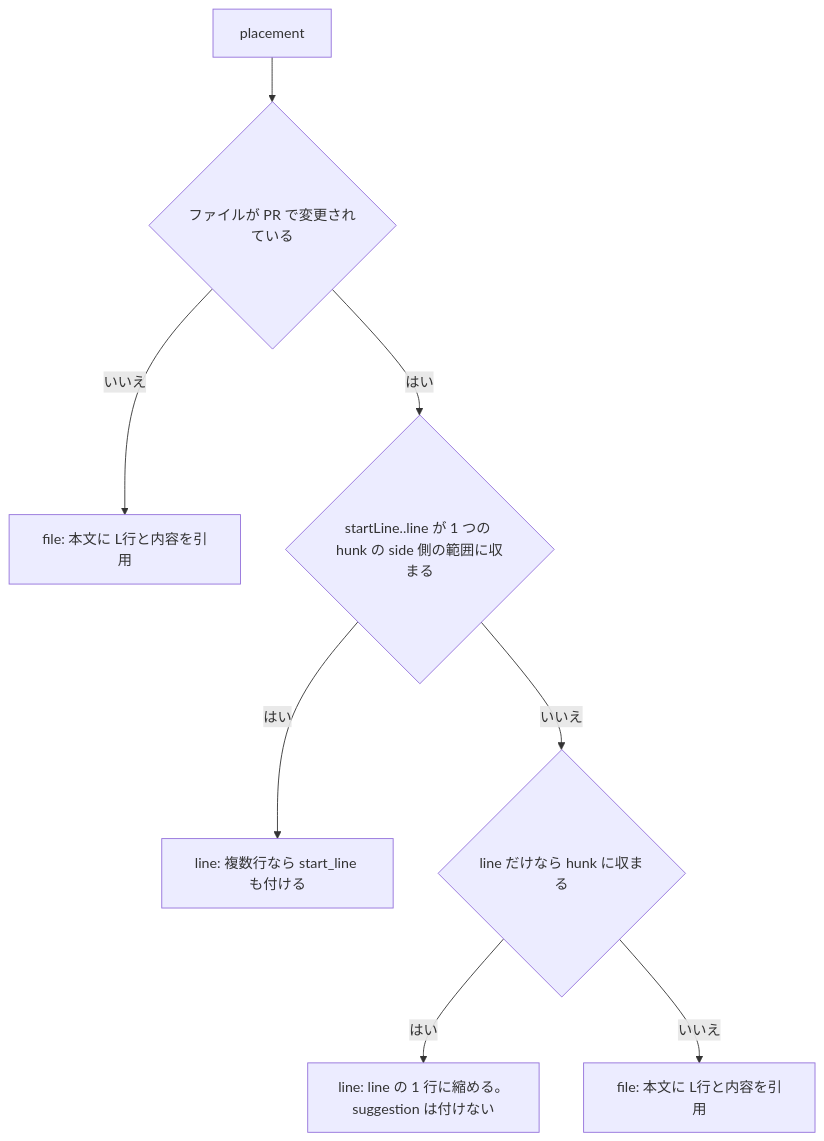
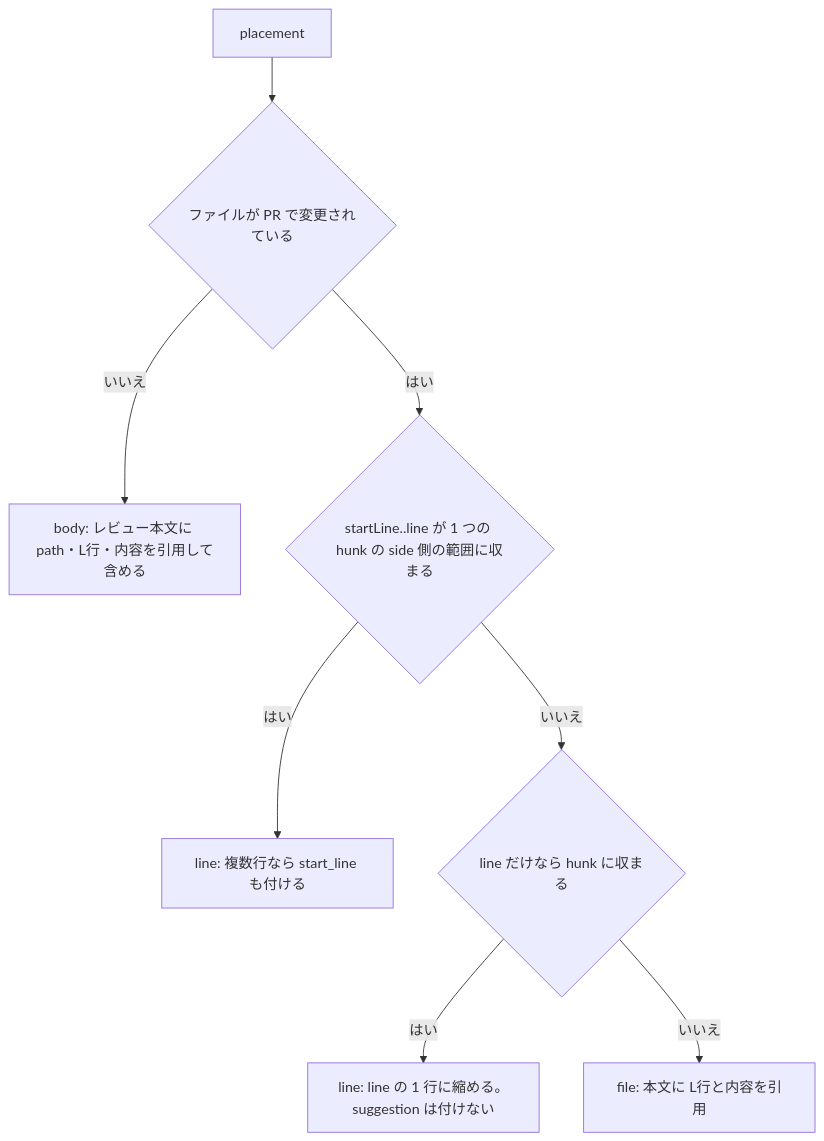
One commit to p-o-ke-nae/design-document changed the third of 10 diagrams in docs/design/detailed/review-comment.md. Above: the diagram before and after it, drawn with Mermaid. The commit also changed other lines of this file and 8 other files, not shown here.

````diff
--- a/docs/design/detailed/review-comment.md
+++ b/docs/design/detailed/review-comment.md
@@ -175,10 +175,10 @@
 ```mermaid id=place code=PLACE matrix nswitch=0
 flowchart TD
   A[placement] --> B{ファイルが PR で変更されている}
-  B -->|いいえ| F1[file: 本文に L行と内容を引用]
+  B -->|いいえ| F1[body: レビュー本文に path・L行・内容を引用して含める]
   B -->|はい| C{startLine..line が 1 つの hunk の side 側の範囲に収まる}
   C -->|はい| L[line: 複数行なら start_line も付ける]
   C -->|いいえ| D{line だけなら hunk に収まる}
   D -->|はい| L2[line: line の 1 行に縮める。suggestion は付けない]
   D -->|いいえ| F2[file: 本文に L行と内容を引用]
 ```
````
